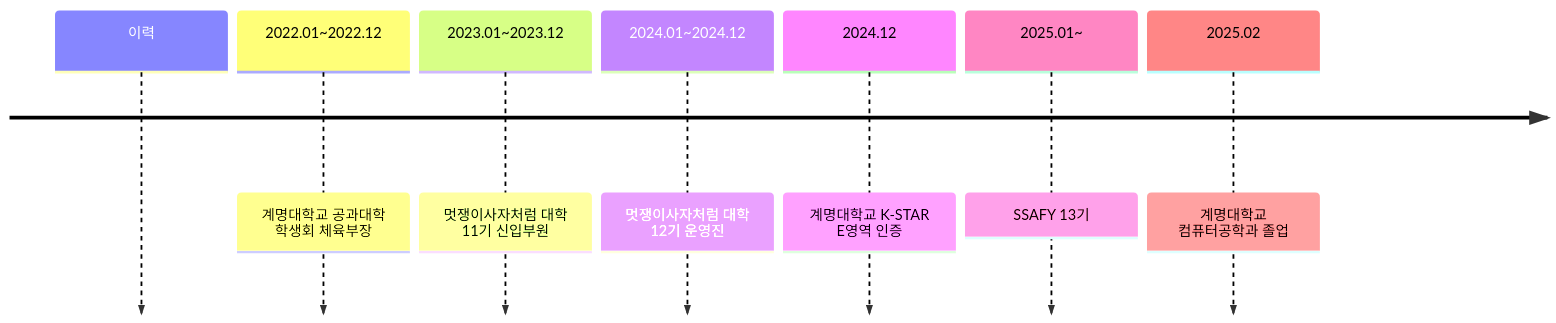
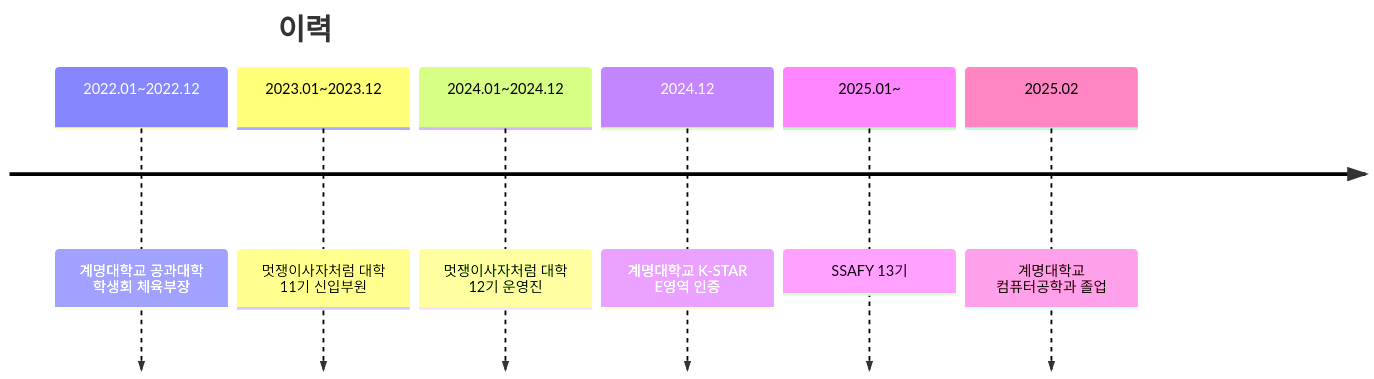
One commit to l0o0lv/l0o0lv changed the diagram in README.md. Above: the diagram before and after it, drawn with Mermaid.

````diff
--- a/README.md
+++ b/README.md
@@ -13,10 +13,10 @@
 ```mermaid
 timeline
-    이력
+    title 이력
     2022.01~2022.12 : 계명대학교 공과대학 학생회 체육부장
     2023.01~2023.12 : 멋쟁이사자처럼 대학 11기 신입부원
     2024.01~2024.12 : 멋쟁이사자처럼 대학 12기 운영진
     2024.12 : 계명대학교 K-STAR E영역 인증
     2025.01~ : SSAFY 13기
     2025.02 : 계명대학교 컴퓨터공학과 졸업
 ```
````
